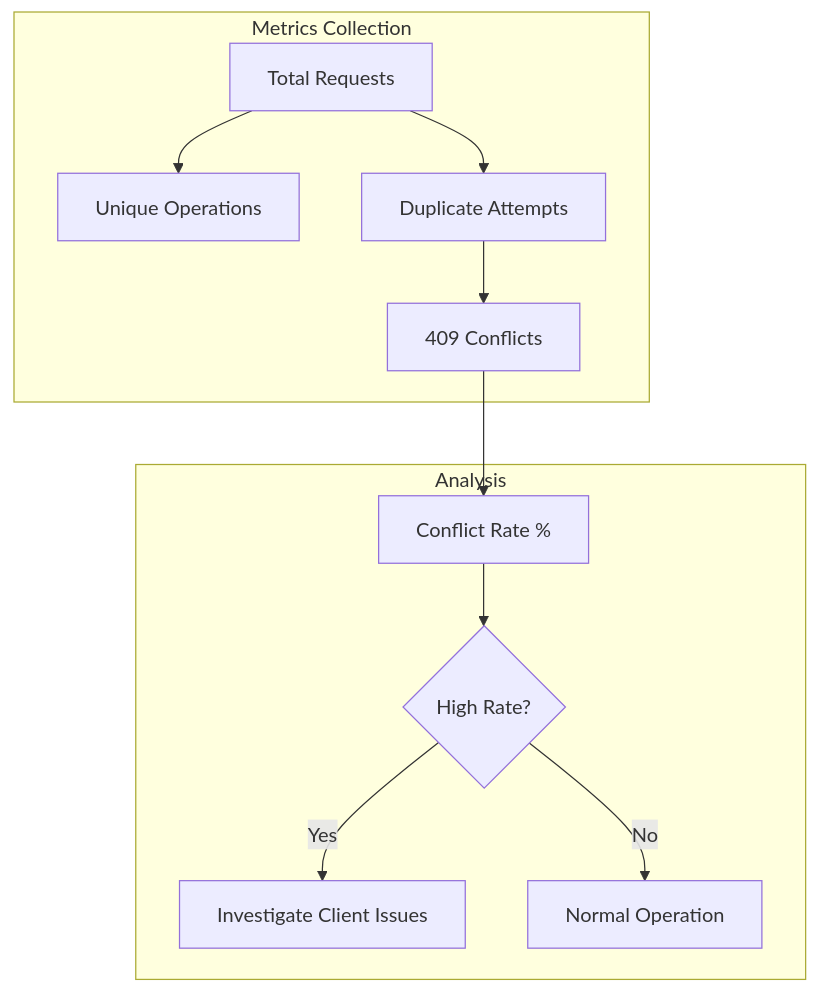
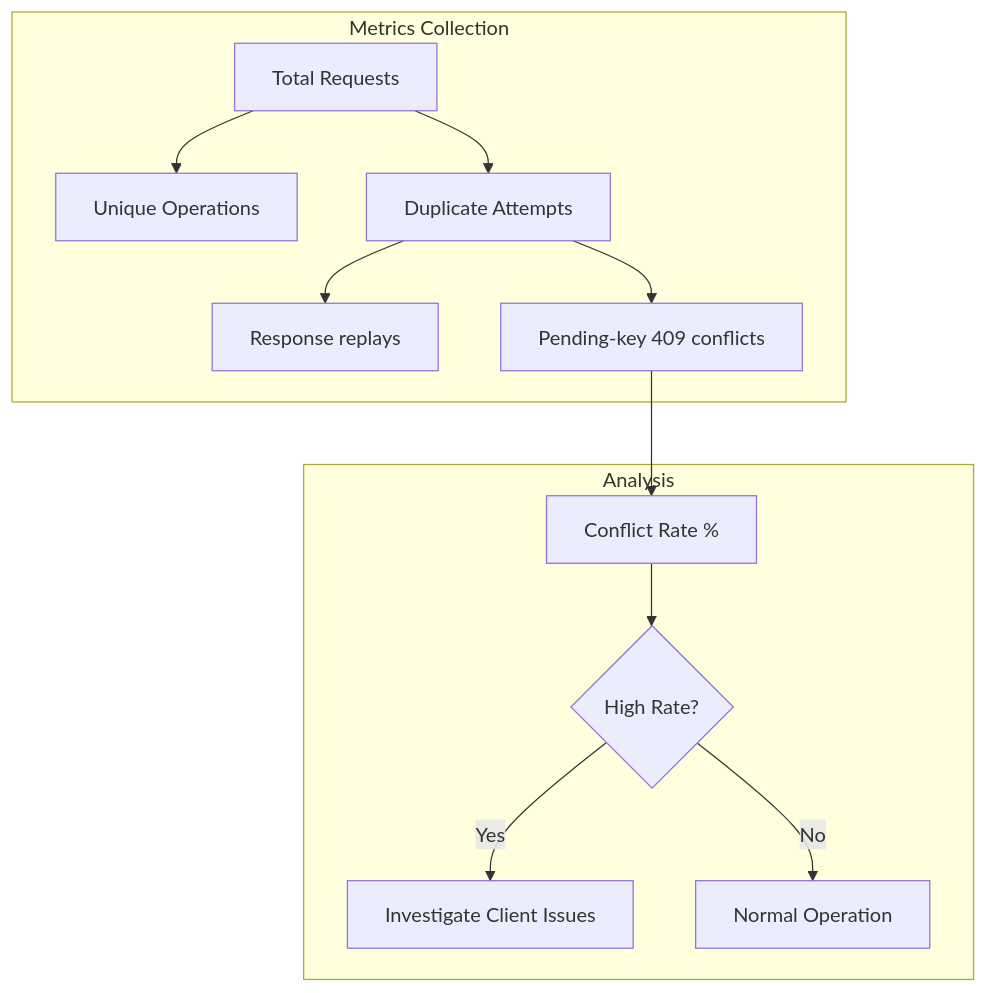
Before and after one commit to 4rtdr0p/flow-accounts-manager: the eighth of 8 diagrams in docs/docs/concepts/idempotency.md, drawn with Mermaid. The commit also changed other lines of this file and 8 other files, not shown here.

````diff
--- a/docs/docs/concepts/idempotency.md
+++ b/docs/docs/concepts/idempotency.md
@@ -316,15 +316,16 @@
 ```mermaid
 graph TB
     subgraph "Metrics Collection"
         Requests[Total Requests] --> Unique[Unique Operations]
         Requests --> Duplicates[Duplicate Attempts]
-        Duplicates --> Conflicts[409 Conflicts]
+        Duplicates --> Replays[Response replays]
+        Duplicates --> Conflicts[Pending-key 409 conflicts]
     end
     
     subgraph "Analysis"
         Conflicts --> Rate[Conflict Rate %]
         Rate --> Alert{High Rate?}
         Alert -->|Yes| Investigation[Investigate Client Issues]
         Alert -->|No| Normal[Normal Operation]
     end
 ```
````
